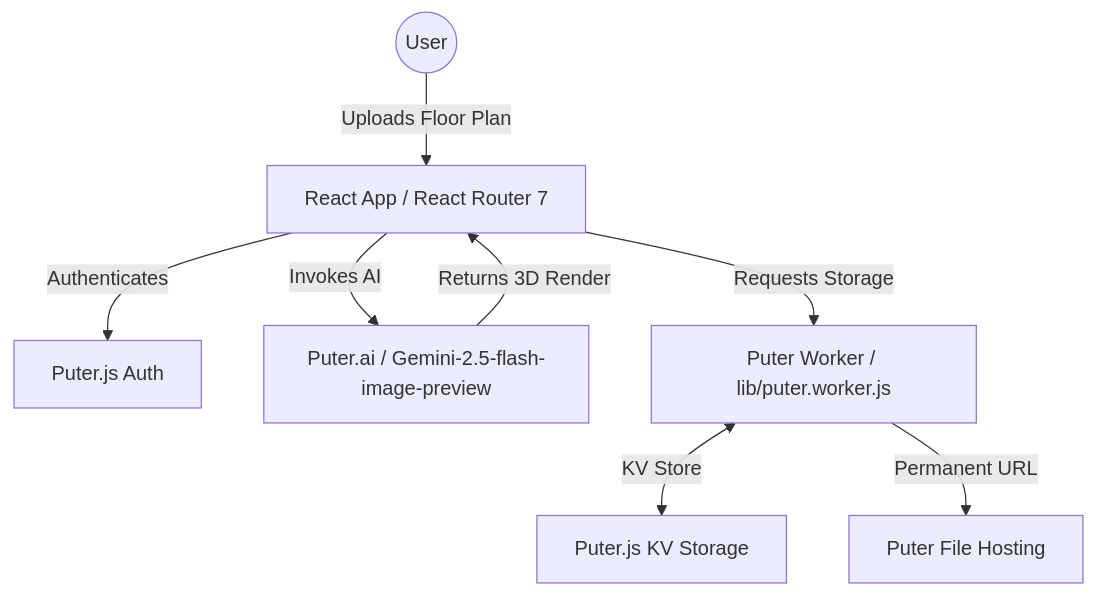
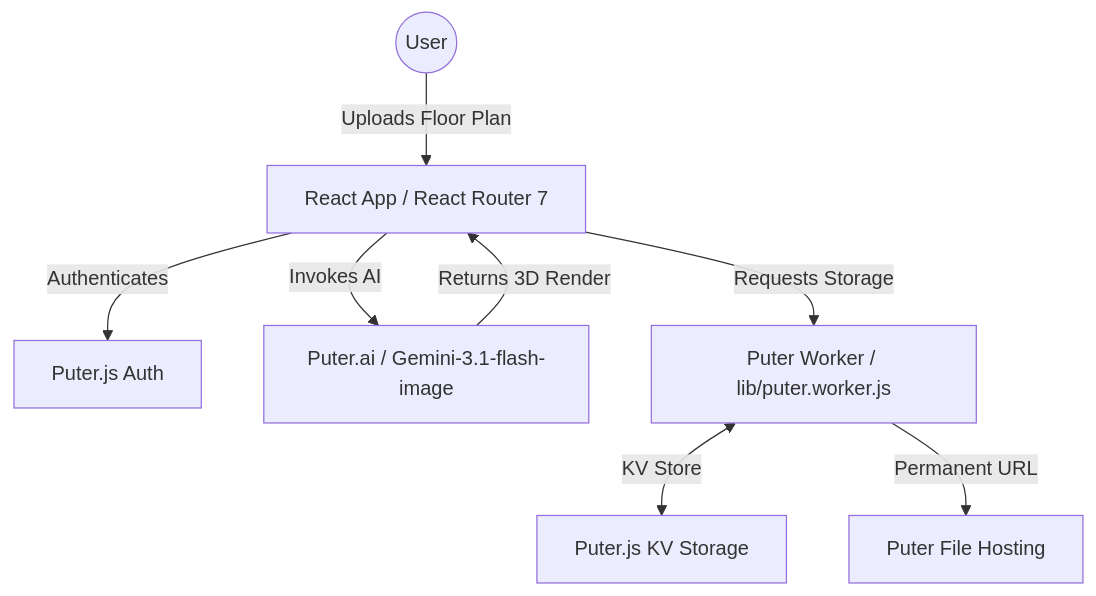
Before and after one commit to shakibzcv/room-ai-interior-design: the diagram in README.md, drawn with Mermaid. The commit also changed 6 other files, not shown here.

````diff
--- a/README.md
+++ b/README.md
@@ -18,10 +18,10 @@
 ```mermaid
 graph TD
     User((User)) -->|Uploads Floor Plan| Frontend[React App / React Router 7]
     Frontend -->|Authenticates| PuterAuth[Puter.js Auth]
-    Frontend -->|Invokes AI| PuterAI[Puter.ai / Gemini-2.5-flash-image-preview]
+    Frontend -->|Invokes AI| PuterAI[Puter.ai / Gemini-3.1-flash-image]
     Frontend -->|Requests Storage| PuterWorker[Puter Worker / lib/puter.worker.js]
     PuterWorker <-->|KV Store| PuterKV[Puter.js KV Storage]
     PuterWorker -->|Permanent URL| PuterHosting[Puter File Hosting]
     PuterAI -->|Returns 3D Render| Frontend
 ```
````
